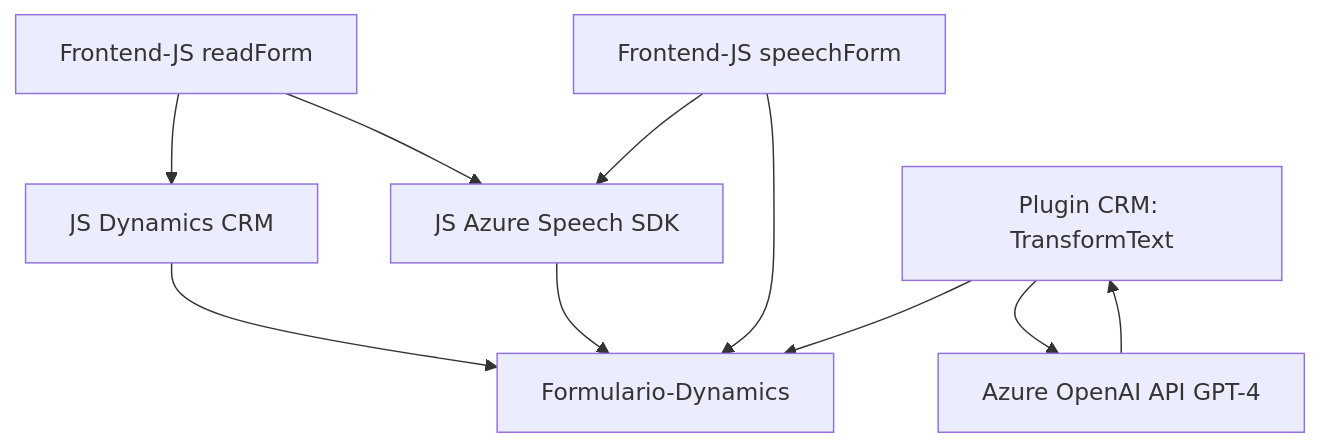
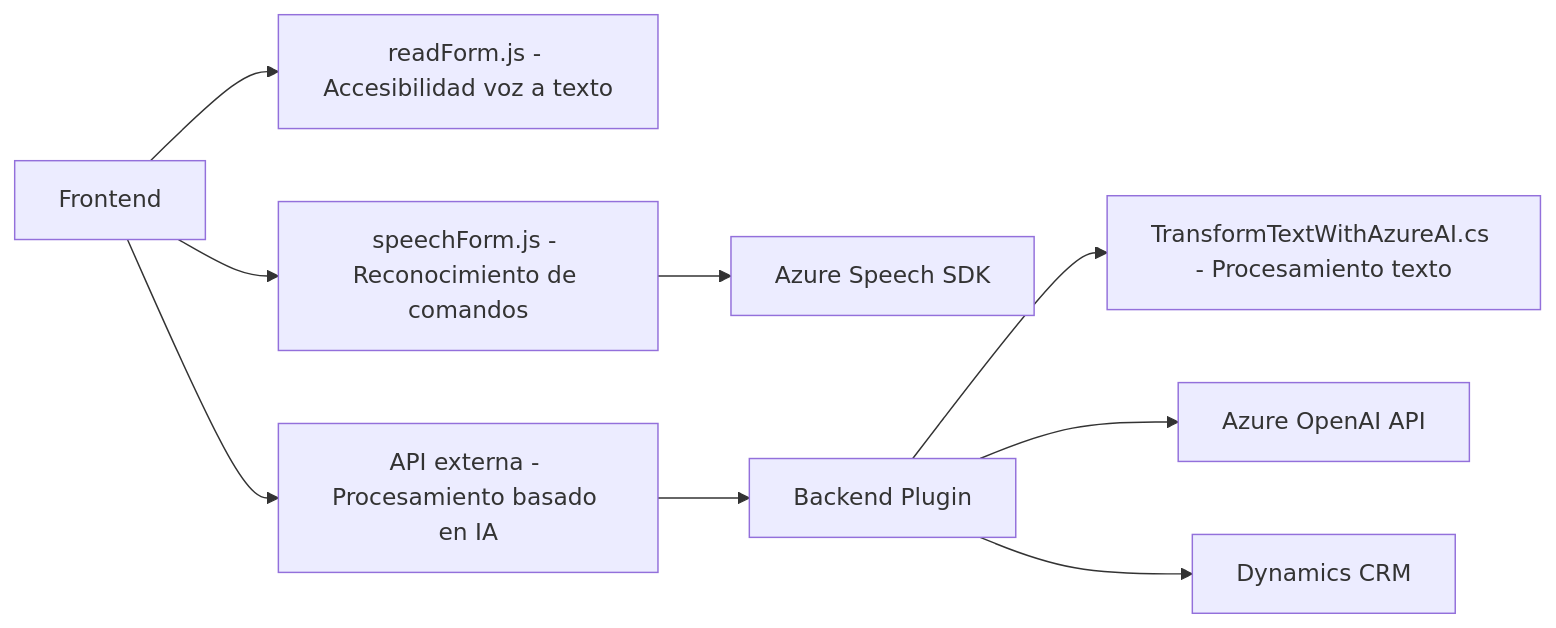
One commit to blopezdm/NETCORE_BILBAO2025 changed the diagram in README.md. Above: the diagram before and after it, drawn with Mermaid. The commit also changed other lines of this file, not shown here.

````diff
--- a/README.md
+++ b/README.md
@@ -39,12 +48,11 @@
 ```mermaid
-graph TD
-  A["Frontend-JS readForm"] --> B["JS Azure Speech SDK"]
-  A --> C["JS Dynamics CRM"]
-  C --> D["Formulario-Dynamics"]
-  B --> D
-  E["Frontend-JS speechForm"] --> B
-  E --> D
-  F["Plugin CRM: TransformText"] --> G["Azure OpenAI API GPT-4"]
-  F --> D
-  G --> F
+graph LR
+A["Frontend"] --> B["readForm.js - Accesibilidad voz a texto"]
+A --> C["speechForm.js - Reconocimiento de comandos"]
+C --> D["Azure Speech SDK"]
+A --> E["API externa - Procesamiento basado en IA"]
+E --> F["Backend Plugin"]
+F --> G["TransformTextWithAzureAI.cs - Procesamiento texto"]
+F --> H["Azure OpenAI API"]
+F --> I["Dynamics CRM"]
 ```
````
